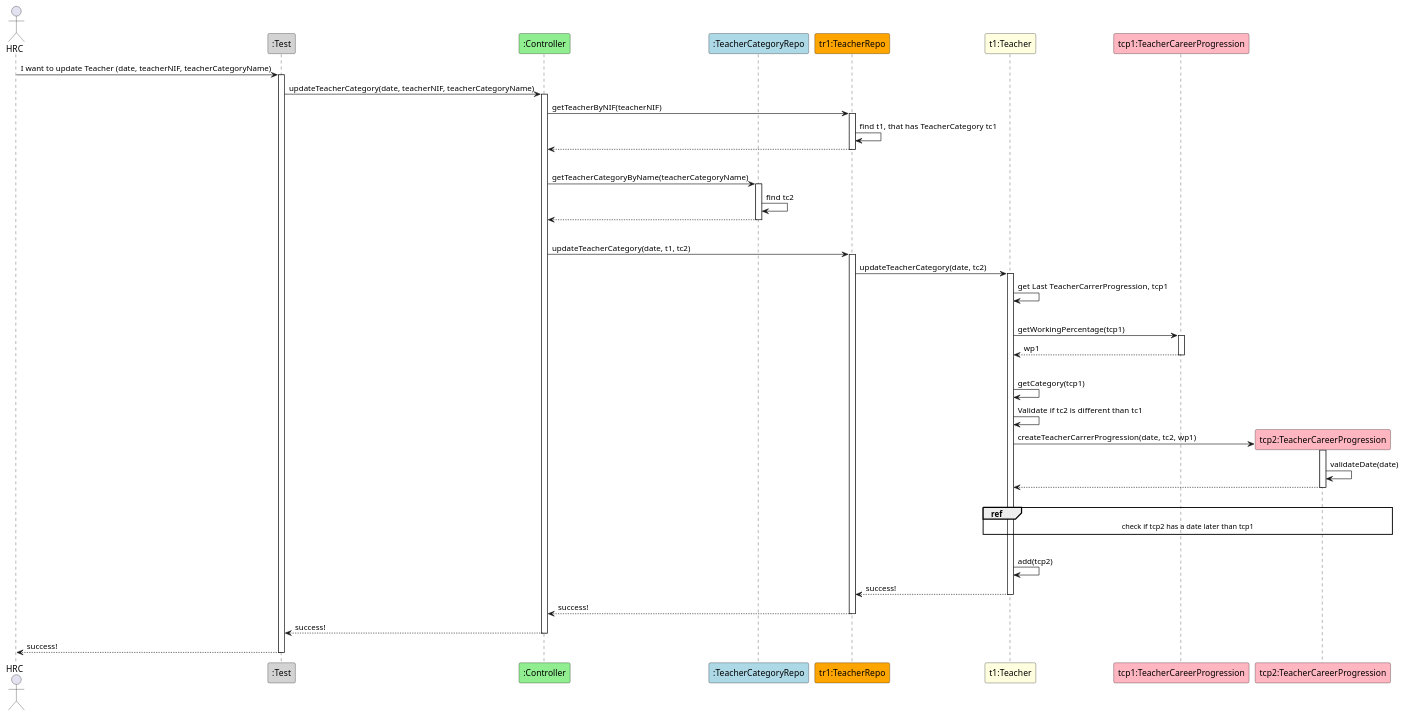
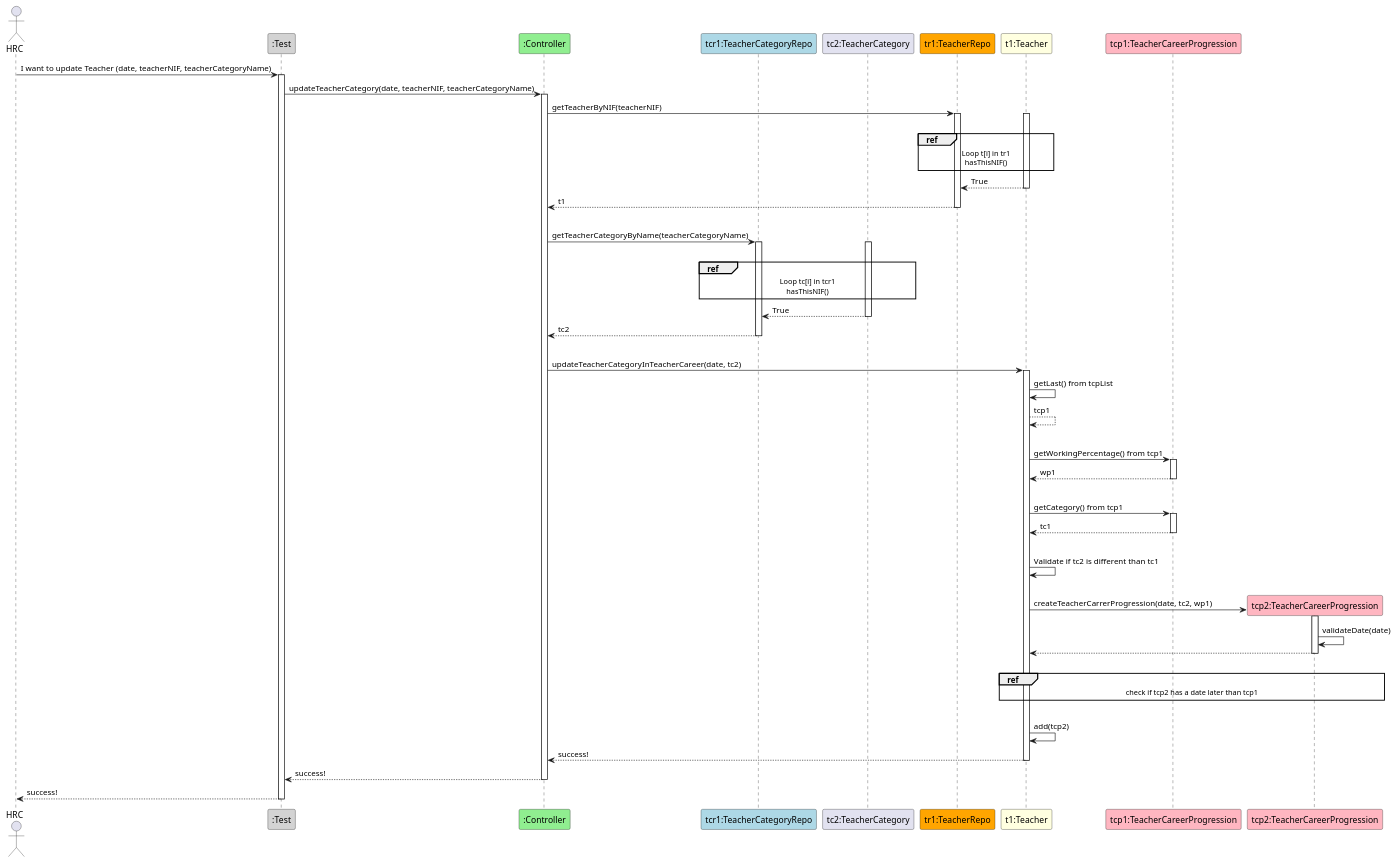
One commit to GasparISEP/DevOps-PAI changed the diagram in docs/sequenceSystemDiagrams/US14/US14_UpdateTeachersCategoryInSystem.puml. Above: the diagram before and after it, drawn with PlantUML. The commit also changed 3 other files, not shown here.

Commit message:
Improved US14 sequence diagram, and deleted unnecessary updateTeacherCategory Method from TeacherRepository and its tests

```diff
--- a/docs/sequenceSystemDiagrams/US14/US14_UpdateTeachersCategoryInSystem.puml
+++ b/docs/sequenceSystemDiagrams/US14/US14_UpdateTeachersCategoryInSystem.puml
@@ -1,60 +1,77 @@
 @startuml
 actor HRC
 participant ":Test" as TE #lightgrey
 participant ":Controller" as CTL #lightgreen
-participant ":TeacherCategoryRepo" as TCR #lightblue
+participant "tcr1:TeacherCategoryRepo" as TCR #lightblue
+participant "tc2:TeacherCategory" as TC2
 participant "tr1:TeacherRepo" as TR #orange
 participant "t1:Teacher" as T #lightyellow
 participant "tcp1:TeacherCareerProgression" as TCP #lightpink
 participant "tcp2:TeacherCareerProgression" as TCP2 #lightpink
 
 
 HRC -> TE: I want to update Teacher (date, teacherNIF, teacherCategoryName)
 activate TE
 TE -> CTL : updateTeacherCategory(date, teacherNIF, teacherCategoryName)
 activate CTL
 CTL -> TR: getTeacherByNIF(teacherNIF)
 activate TR
-TR -> TR : find t1, that has TeacherCategory tc1
-TR --> CTL
+activate T
+|||
+ref over TR, T
+    Loop t[i] in tr1
+    hasThisNIF()
+end ref
+T --> TR: True
+deactivate T
+TR --> CTL: t1
 deactivate TR
 |||
 CTL -> TCR: getTeacherCategoryByName(teacherCategoryName)
 activate TCR
-TCR -> TCR: find tc2
-TCR --> CTL
+|||
+activate TC2
+ref over TCR, TC2
+    Loop tc[i] in tcr1
+    hasThisNIF()
+end ref
+TC2 --> TCR: True
+deactivate TC2
+TCR --> CTL: tc2
 deactivate TCR
 |||
-CTL -> TR: updateTeacherCategory(date, t1, tc2)
-activate TR
-TR -> T: updateTeacherCategory(date, tc2)
+CTL -> T: updateTeacherCategoryInTeacherCareer(date, tc2)
 activate T
-T -> T: get Last TeacherCarrerProgression, tcp1
+T -> T: getLast() from tcpList
+T --> T: tcp1
 |||
-T -> TCP : getWorkingPercentage(tcp1)
+T -> TCP : getWorkingPercentage() from tcp1
 activate TCP
 TCP --> T : wp1
 deactivate TCP
 |||
-T -> T: getCategory(tcp1)
+T -> TCP: getCategory() from tcp1
+activate TCP
+TCP --> T: tc1
+deactivate TCP
+|||
 T -> T: Validate if tc2 is different than tc1
+|||
 T -> TCP2** : createTeacherCarrerProgression(date, tc2, wp1)
 activate TCP2
 TCP2 -> TCP2 : validateDate(date)
 TCP2 --> T
 deactivate TCP2
 |||
 ref over T, TCP2
     check if tcp2 has a date later than tcp1
 end ref
 |||
 T -> T : add(tcp2)
-T --> TR : success!
+T --> CTL : success!
 deactivate T
-TR --> CTL : success!
-deactivate  TR
 CTL --> TE : success!
 deactivate CTL
 TE --> HRC : success!
 deactivate TE
 @enduml
```
